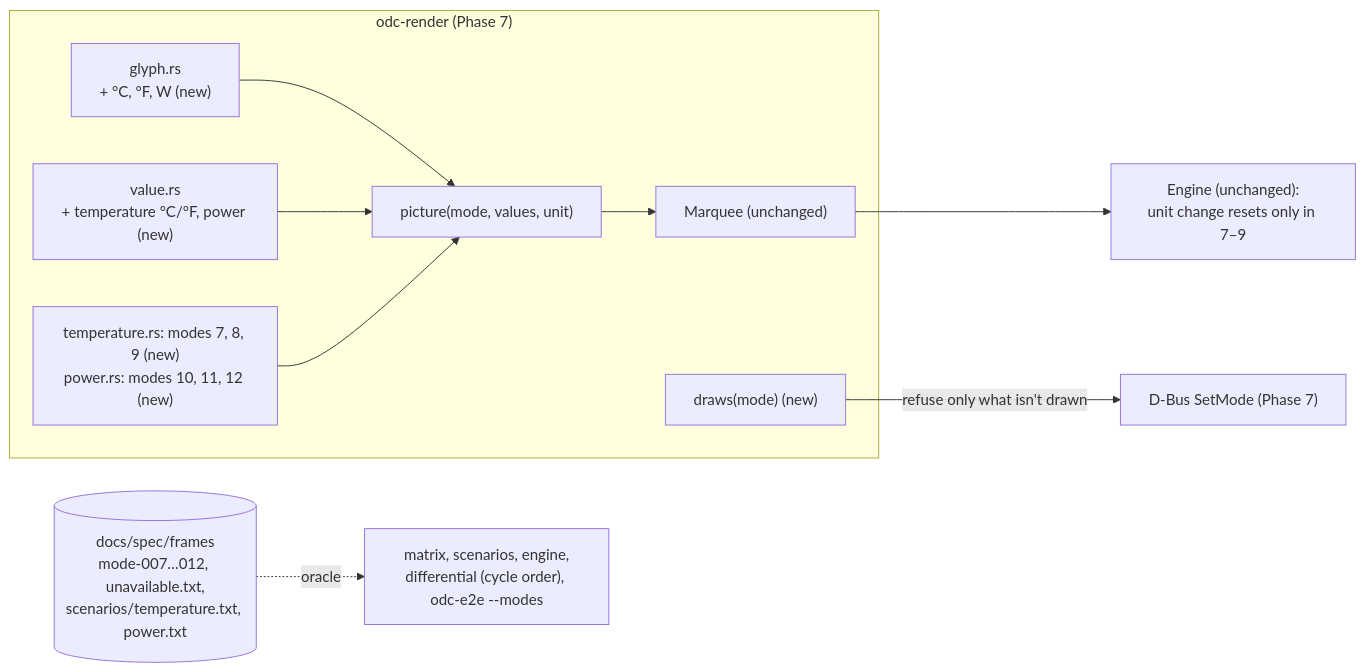
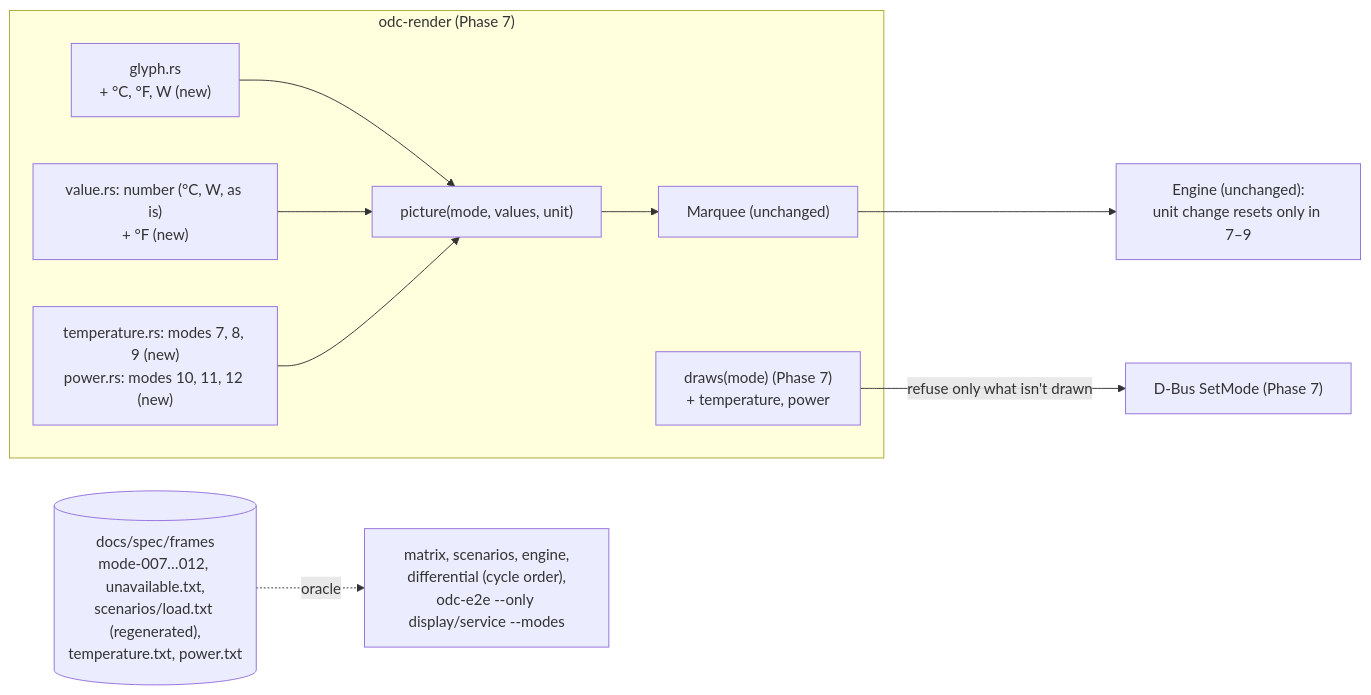
One commit to dtmarangoni/OpenDeepCool changed the diagram in docs/prp/plans/phase-8-temperature-power.plan.md. Above: the diagram before and after it, drawn with Mermaid. The commit also changed other lines of this file and 3 other files, not shown here.

First line of the commit message:
docs: the Phase 8 plan follows what Phases 5–7 built, and the direct cooler check covers every mode; Phase 8 in progress

````diff
--- a/docs/prp/plans/phase-8-temperature-power.plan.md
+++ b/docs/prp/plans/phase-8-temperature-power.plan.md
@@ -130,13 +140,13 @@
 ```mermaid
 flowchart LR
   subgraph render["odc-render (Phase 7)"]
     G["glyph.rs<br/>+ °C, °F, W (new)"] --> P["picture(mode, values, unit)"]
-    V["value.rs<br/>+ temperature °C/°F, power (new)"] --> P
+    V["value.rs: number (°C, W, as is)<br/>+ °F (new)"] --> P
     T["temperature.rs: modes 7, 8, 9 (new)<br/>power.rs: modes 10, 11, 12 (new)"] --> P
     P --> M["Marquee (unchanged)"]
-    D["draws(mode) (new)"]
+    D["draws(mode) (Phase 7)<br/>+ temperature, power"]
   end
   D -->|"refuse only what isn't drawn"| DB["D-Bus SetMode (Phase 7)"]
   M --> EN["Engine (unchanged):<br/>unit change resets only in 7–9"]
-  O[("docs/spec/frames<br/>mode-007…012, unavailable.txt,<br/>scenarios/temperature.txt, power.txt")] -.oracle.-> TESTS["matrix, scenarios, engine,<br/>differential (cycle order), odc-e2e --modes"]
+  O[("docs/spec/frames<br/>mode-007…012, unavailable.txt,<br/>scenarios/load.txt (regenerated),<br/>temperature.txt, power.txt")] -.oracle.-> TESTS["matrix, scenarios, engine,<br/>differential (cycle order),<br/>odc-e2e --only display/service --modes"]
 ```
````
